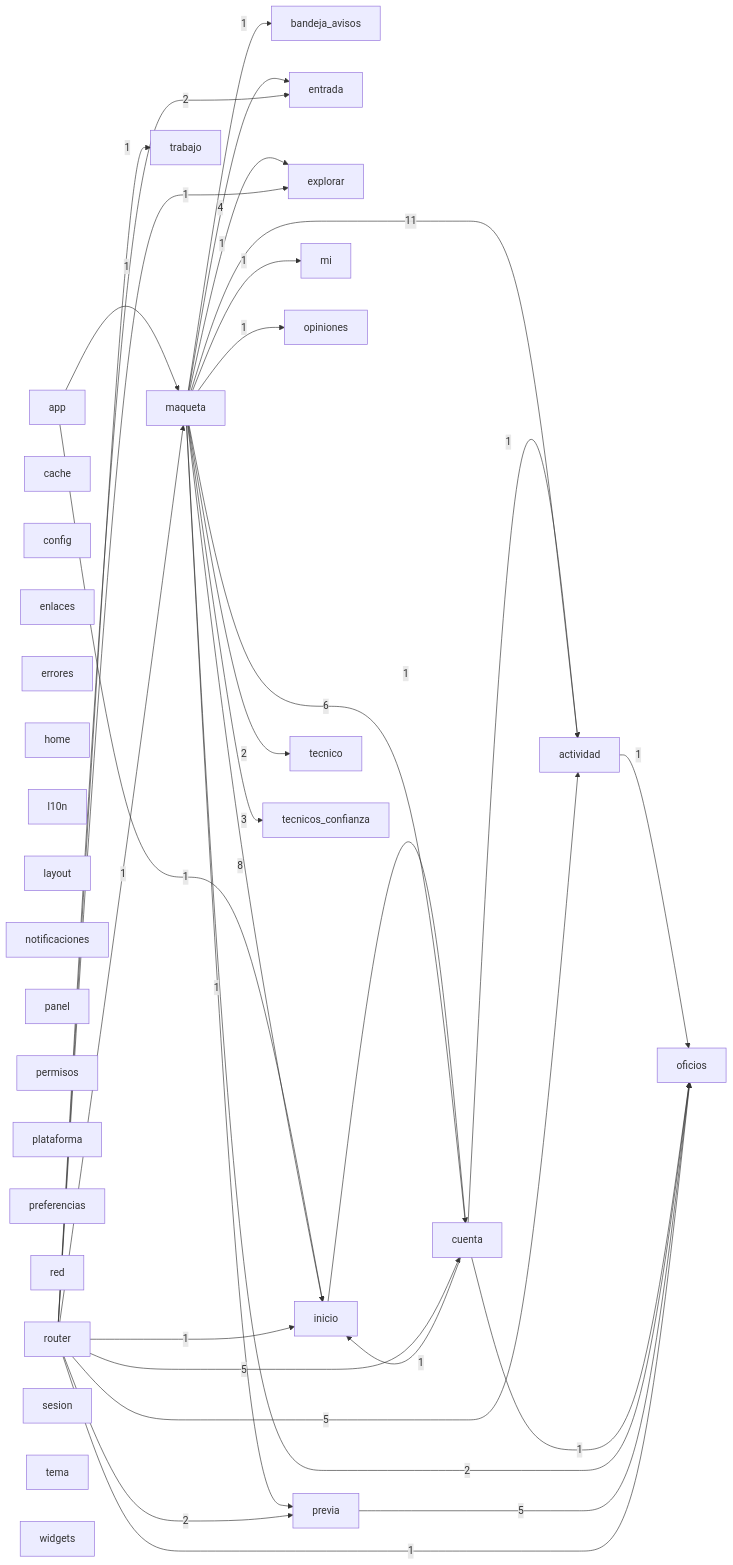
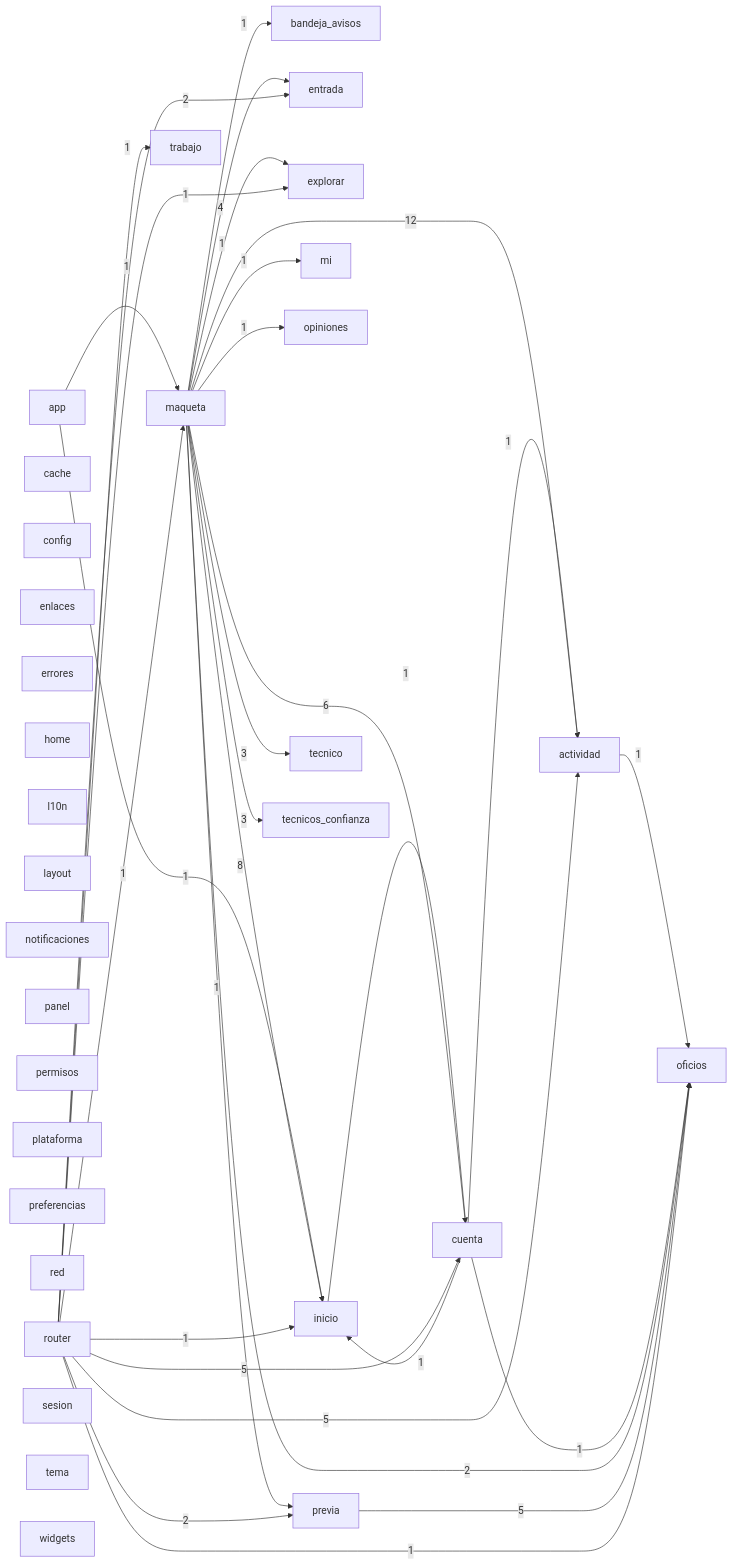
One commit to Tensei-Devs/knock-frontend changed the diagram in docs/architecture/modules.mmd. Above: the diagram before and after it, drawn with Mermaid. The commit also changed 18 other files, not shown here.

```diff
--- a/docs/architecture/modules.mmd
+++ b/docs/architecture/modules.mmd
@@ -1,62 +1,62 @@
 graph LR
   actividad["actividad"]
   app["app"]
   bandeja_avisos["bandeja_avisos"]
   cache["cache"]
   config["config"]
   cuenta["cuenta"]
   enlaces["enlaces"]
   entrada["entrada"]
   errores["errores"]
   explorar["explorar"]
   home["home"]
   inicio["inicio"]
   l10n["l10n"]
   layout["layout"]
   maqueta["maqueta"]
   mi["mi"]
   notificaciones["notificaciones"]
   oficios["oficios"]
   opiniones["opiniones"]
   panel["panel"]
   permisos["permisos"]
   plataforma["plataforma"]
   preferencias["preferencias"]
   previa["previa"]
   red["red"]
   router["router"]
   sesion["sesion"]
   tecnico["tecnico"]
   tecnicos_confianza["tecnicos_confianza"]
   tema["tema"]
   trabajo["trabajo"]
   widgets["widgets"]
   actividad -->|1| oficios
   app -->|1| inicio
   app -->|1| maqueta
   cuenta -->|1| actividad
   cuenta -->|1| inicio
   cuenta -->|1| oficios
   inicio -->|1| cuenta
-  maqueta -->|11| actividad
+  maqueta -->|12| actividad
   maqueta -->|1| bandeja_avisos
   maqueta -->|6| cuenta
   maqueta -->|4| entrada
   maqueta -->|1| explorar
   maqueta -->|8| inicio
   maqueta -->|1| mi
   maqueta -->|2| oficios
   maqueta -->|1| opiniones
   maqueta -->|1| previa
-  maqueta -->|2| tecnico
+  maqueta -->|3| tecnico
   maqueta -->|3| tecnicos_confianza
   previa -->|5| oficios
   router -->|5| actividad
   router -->|5| cuenta
   router -->|2| entrada
   router -->|1| explorar
   router -->|1| inicio
   router -->|1| maqueta
   router -->|1| oficios
   router -->|2| previa
   router -->|1| trabajo
```
